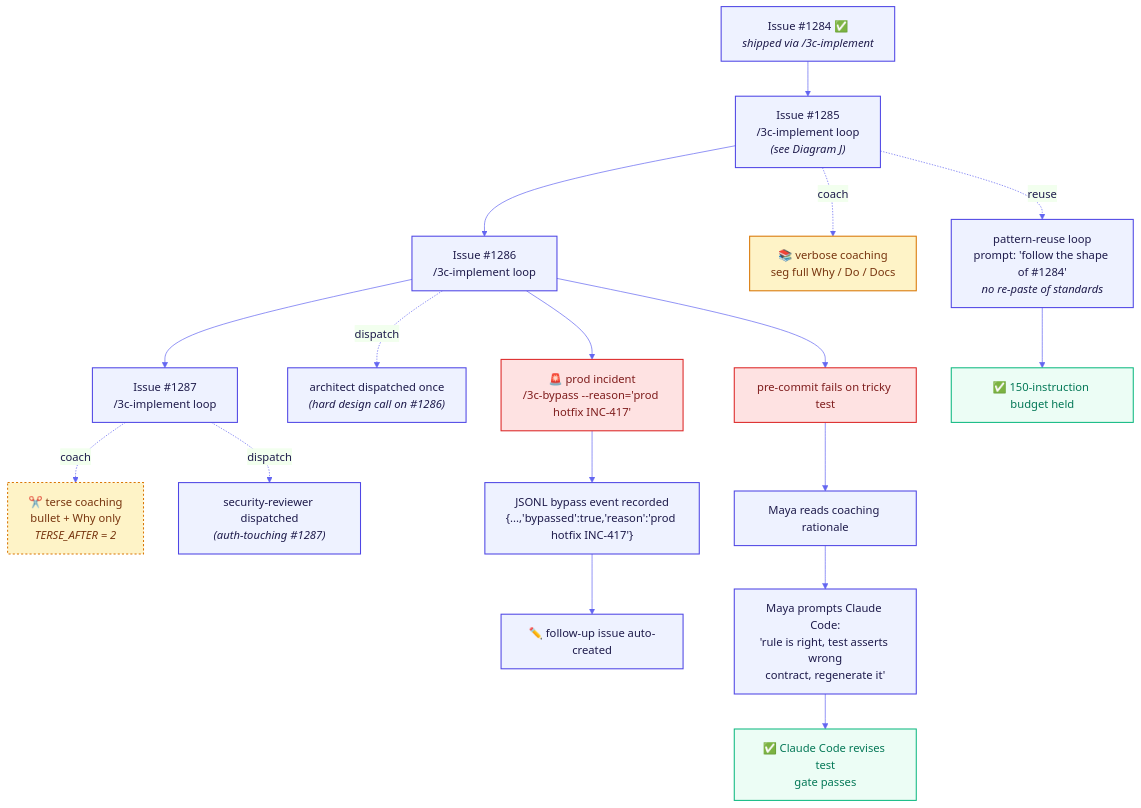
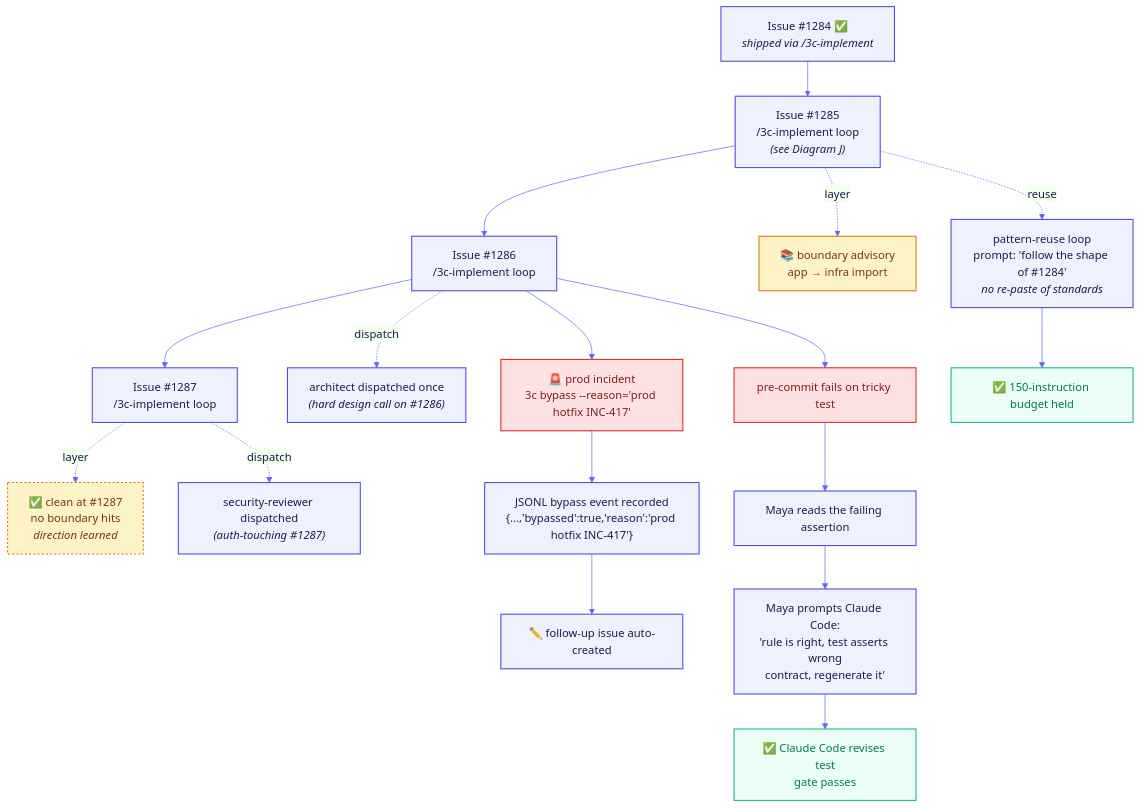
Before and after one commit to kgn-git/3C: the diagram in infographic/diagrams/k-sprint-throughput.mmd, drawn with Mermaid. The commit also changed 61 other files, not shown here.

```diff
--- a/infographic/diagrams/k-sprint-throughput.mmd
+++ b/infographic/diagrams/k-sprint-throughput.mmd
@@ -1,59 +1,59 @@
 %%{init: {'theme':'base','themeVariables':{'primaryColor':'#EEF2FF','primaryTextColor':'#1E1B4B','primaryBorderColor':'#4F46E5','lineColor':'#6366F1','fontFamily':'Inter, sans-serif','fontSize':'16px'}}}%%
 flowchart TD
     I1["Issue #1284 ✅<br/><i>shipped via /3c-implement</i>"]
     I2["Issue #1285<br/>/3c-implement loop<br/><i>(see Diagram J)</i>"]
     I3["Issue #1286<br/>/3c-implement loop"]
     I4["Issue #1287<br/>/3c-implement loop"]
 
-    COACH_V["📚 verbose coaching<br/>seg full Why / Do / Docs"]
-    COACH_T["✂️ terse coaching<br/>bullet + Why only<br/><i>TERSE_AFTER = 2</i>"]
+    BOUND_V["📚 boundary advisory<br/>app → infra import"]
+    BOUND_T["✅ clean at #1287<br/>no boundary hits<br/><i>direction learned</i>"]
 
     REUSE["pattern-reuse loop<br/>prompt: 'follow the shape of #1284'<br/><i>no re-paste of standards</i>"]
     BUDGET["✅ 150-instruction budget held"]
 
     ARCH["architect dispatched once<br/><i>(hard design call on #1286)</i>"]
     SEC["security-reviewer dispatched<br/><i>(auth-touching #1287)</i>"]
 
-    HOTFIX["🚨 prod incident<br/>/3c-bypass --reason='prod hotfix INC-417'"]
+    HOTFIX["🚨 prod incident<br/>3c bypass --reason='prod hotfix INC-417'"]
     JSONL["JSONL bypass event recorded<br/>{...,'bypassed':true,'reason':'prod hotfix INC-417'}"]
     FU["✏️ follow-up issue auto-created"]
 
     TRICKY["pre-commit fails on tricky test"]
-    TR_READ["Maya reads coaching rationale"]
+    TR_READ["Maya reads the failing assertion"]
     TR_PROMPT["Maya prompts Claude Code:<br/>'rule is right, test asserts wrong<br/>contract, regenerate it'"]
     TR_PASS["✅ Claude Code revises test<br/>gate passes"]
 
     I1 --> I2
     I2 --> I3
     I3 --> I4
 
-    I2 -.coach.-> COACH_V
-    I4 -.coach.-> COACH_T
+    I2 -.layer.-> BOUND_V
+    I4 -.layer.-> BOUND_T
 
     I2 -.reuse.-> REUSE
     REUSE --> BUDGET
 
     I3 -.dispatch.-> ARCH
     I4 -.dispatch.-> SEC
 
     I3 --> HOTFIX
     HOTFIX --> JSONL
     JSONL --> FU
 
     I3 --> TRICKY
     TRICKY --> TR_READ
     TR_READ --> TR_PROMPT
     TR_PROMPT --> TR_PASS
 
     classDef issue fill:#EEF2FF,stroke:#4F46E5,color:#1E1B4B,stroke-width:1.5px
-    classDef coachv fill:#FEF3C7,stroke:#D97706,color:#78350F,stroke-width:1.5px
-    classDef coacht fill:#FEF3C7,stroke:#D97706,color:#78350F,stroke-width:1.5px,stroke-dasharray:3 3
+    classDef boundv fill:#FEF3C7,stroke:#D97706,color:#78350F,stroke-width:1.5px
+    classDef boundt fill:#FEF3C7,stroke:#D97706,color:#78350F,stroke-width:1.5px,stroke-dasharray:3 3
     classDef ok fill:#ECFDF5,stroke:#10B981,color:#047857,stroke-width:1.5px
     classDef warn fill:#FEE2E2,stroke:#DC2626,color:#7F1D1D,stroke-width:1.5px
     class I1,I2,I3,I4 issue
-    class COACH_V coachv
-    class COACH_T coacht
+    class BOUND_V boundv
+    class BOUND_T boundt
     class REUSE,ARCH,SEC issue
     class BUDGET,TR_PASS ok
     class HOTFIX,TRICKY warn
     class JSONL,FU,TR_READ,TR_PROMPT issue
```
